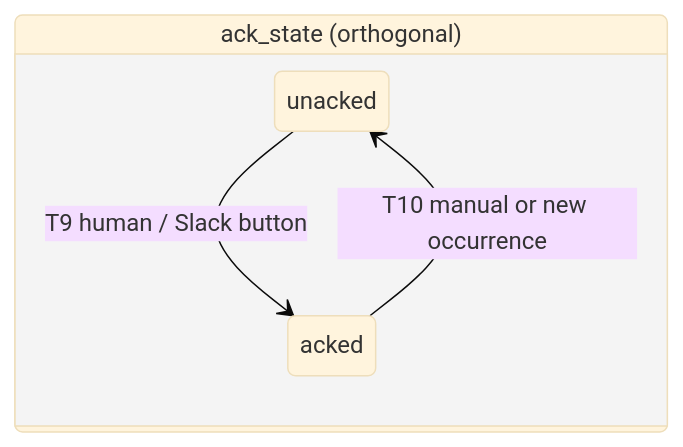
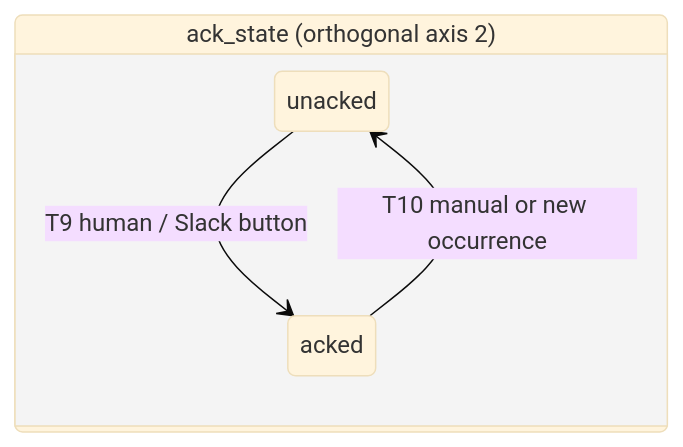
Before and after one commit to thulasi-ram/oto: the second of 3 diagrams in docs/design/SPEC.md, drawn with Mermaid (base theme). The commit also changed other lines of this file and 86 other files, not shown here.

````diff
--- a/docs/design/SPEC.md
+++ b/docs/design/SPEC.md
@@ -200,8 +253,8 @@
 ```mermaid
 stateDiagram-v2
     direction LR
-    state "ack_state (orthogonal)" as A {
+    state "ack_state (orthogonal axis 2)" as A {
         unacked --> acked : T9 human / Slack button
         acked --> unacked : T10 manual or new occurrence
     }
 ```
````
